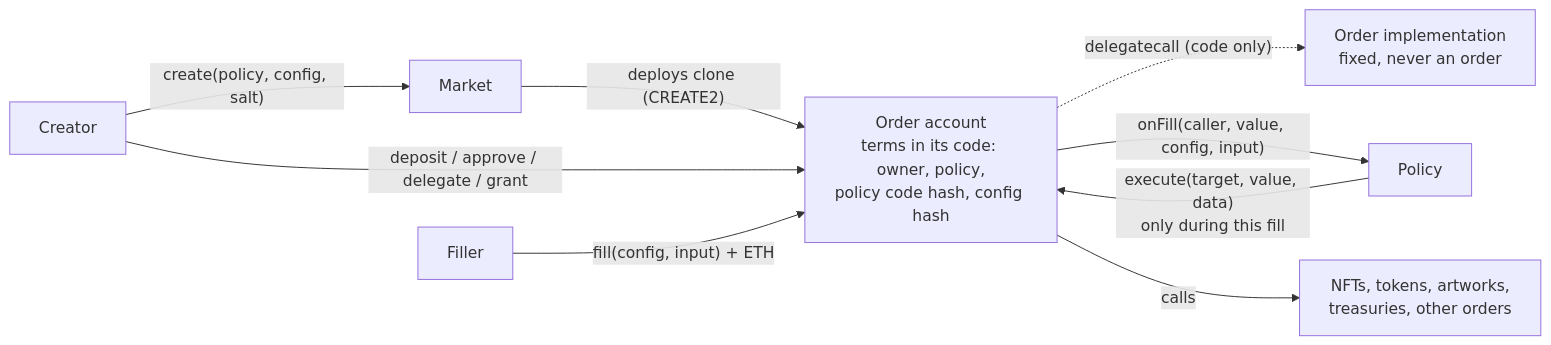
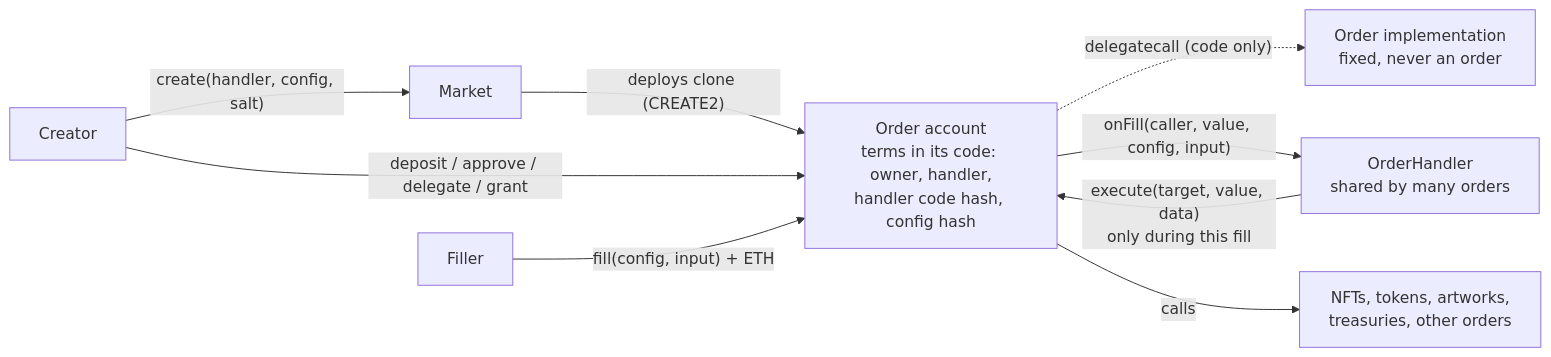
One commit to ripe0x/market changed the first of 4 diagrams in README.md. Above: the diagram before and after it, drawn with Mermaid. The commit also changed other lines of this file and 31 other files, not shown here.

First line of the commit message:
Rename Policy to OrderHandler; commit active orders to their handler

````diff
--- a/README.md
+++ b/README.md
@@ -17,11 +19,11 @@
 ```mermaid
 flowchart LR
-    C[Creator] -- "create(policy, config, salt)" --> M[Market]
-    M -- "deploys clone (CREATE2)" --> O["Order account<br/>terms in its code: owner, policy,<br/>policy code hash, config hash"]
+    C[Creator] -- "create(handler, config, salt)" --> M[Market]
+    M -- "deploys clone (CREATE2)" --> O["Order account<br/>terms in its code: owner, handler,<br/>handler code hash, config hash"]
     O -. "delegatecall (code only)" .-> I["Order implementation<br/>fixed, never an order"]
     C -- "deposit / approve / delegate / grant" --> O
     F[Filler] -- "fill(config, input) + ETH" --> O
-    O -- "onFill(caller, value, config, input)" --> P[Policy]
+    O -- "onFill(caller, value, config, input)" --> P[OrderHandler<br/>shared by many orders]
     P -- "execute(target, value, data)<br/>only during this fill" --> O
     O -- calls --> T[NFTs, tokens, artworks,<br/>treasuries, other orders]
 ```
````
